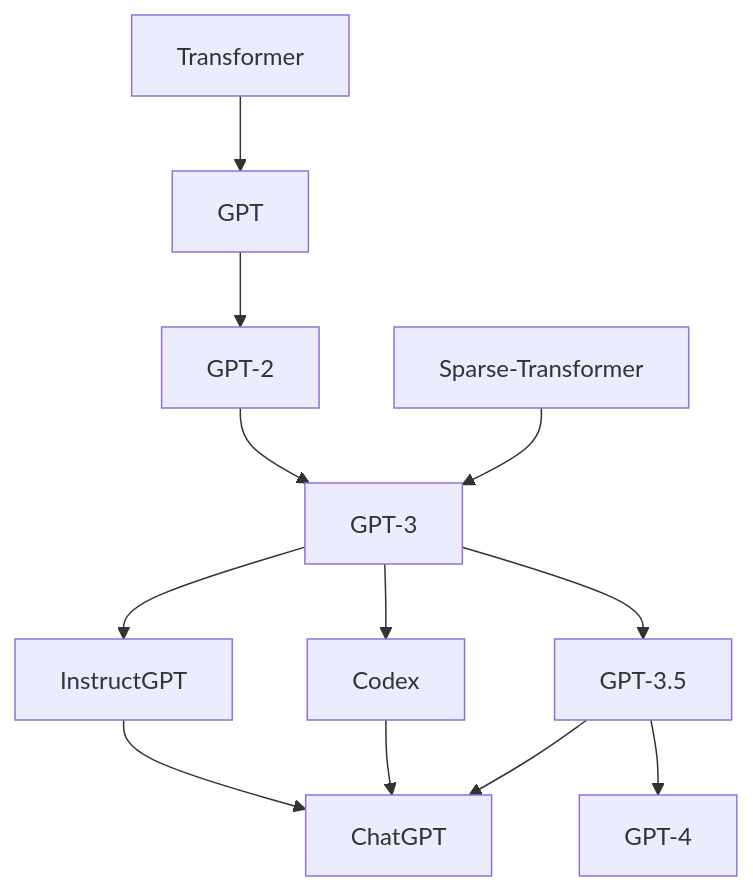
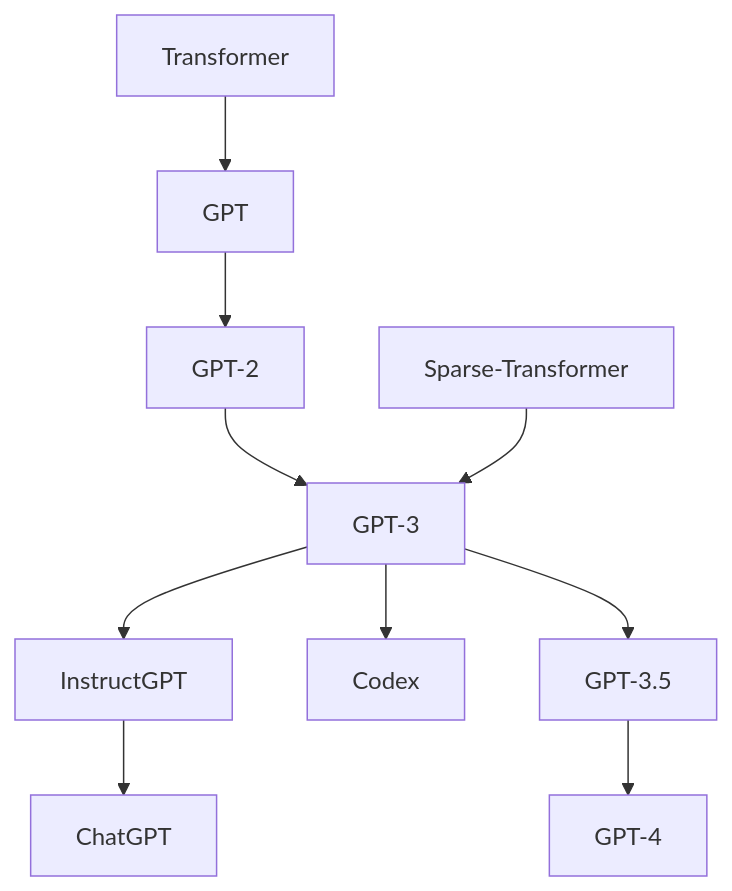
Before and after one commit to ted-sharp/chatvox: the fifth of 22 diagrams in doc/llm.md, drawn with Mermaid. The commit also changed other lines of this file, not shown here.

````diff
--- a/doc/llm.md
+++ b/doc/llm.md
@@ -202,9 +207,8 @@
 ```mermaid
 flowchart
 
 Transformer --> GPT --> GPT-2 --> GPT-3
 Sparse-Transformer --> GPT-3 --> InstructGPT --> ChatGPT
-GPT-3 --> Codex --> ChatGPT
-GPT-3 --> GPT-3.5 --> ChatGPT
-GPT-3.5 --> GPT-4
+GPT-3 --> Codex
+GPT-3 --> GPT-3.5 --> GPT-4
 ```
````
